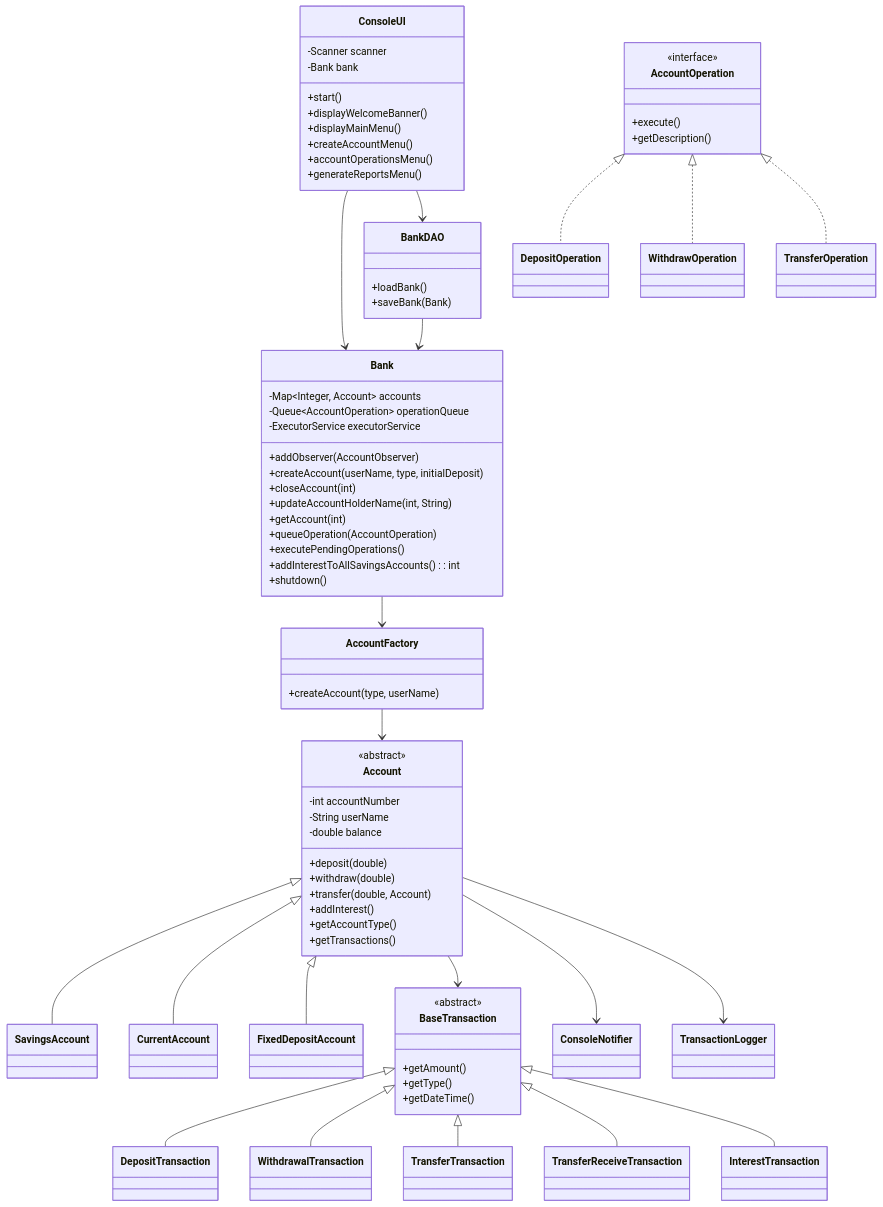
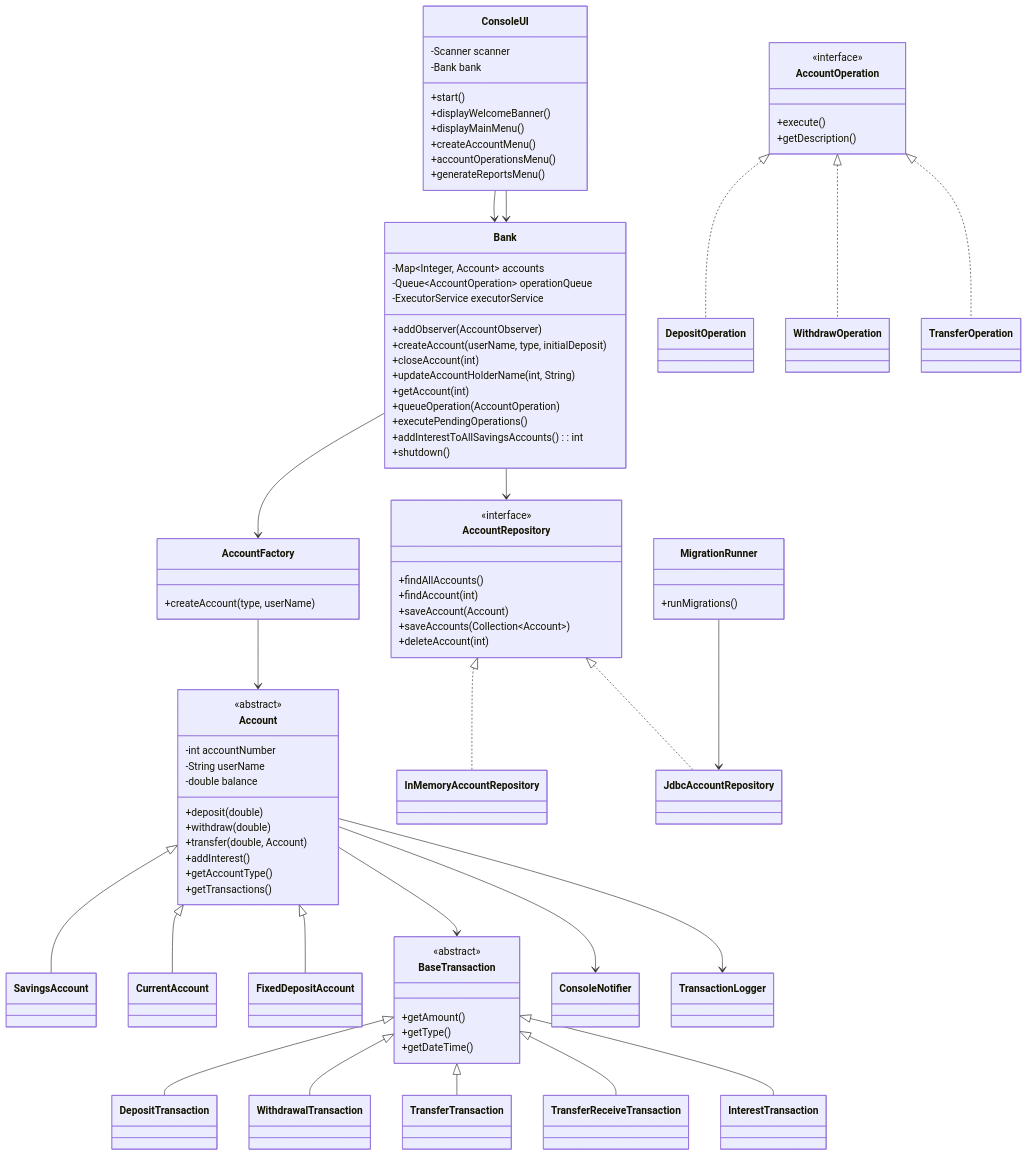
Before and after one commit to letsbegincode/Banking-System: the second of 2 diagrams in docs/architecture-low-level.md, drawn with Mermaid. The commit also changed other lines of this file and 53 other files, not shown here.

Commit message:
feat: add JDBC persistence layer and migrations

```diff
--- a/docs/architecture-low-level.md
+++ b/docs/architecture-low-level.md
@@ -78,9 +82,18 @@
     class AccountFactory {
         +createAccount(type, userName)
     }
-    class BankDAO {
-        +loadBank()
-        +saveBank(Bank)
+    class AccountRepository {
+        <<interface>>
+        +findAllAccounts()
+        +findAccount(int)
+        +saveAccount(Account)
+        +saveAccounts(Collection~Account~)
+        +deleteAccount(int)
+    }
+    class InMemoryAccountRepository
+    class JdbcAccountRepository
+    class MigrationRunner {
+        +runMigrations()
     }
     class AccountOperation {
         <<interface>>
@@ -97,13 +110,16 @@
     class TransactionLogger
 
     ConsoleUI --> Bank
-    ConsoleUI --> BankDAO
+    ConsoleUI --> Bank
     Bank --> AccountFactory
+    Bank --> AccountRepository
     AccountFactory --> Account
     Account <|-- SavingsAccount
     Account <|-- CurrentAccount
     Account <|-- FixedDepositAccount
-    BankDAO --> Bank
+    AccountRepository <|.. InMemoryAccountRepository
+    AccountRepository <|.. JdbcAccountRepository
+    MigrationRunner --> JdbcAccountRepository
     Account --> BaseTransaction
     Account --> ConsoleNotifier
     Account --> TransactionLogger
```
